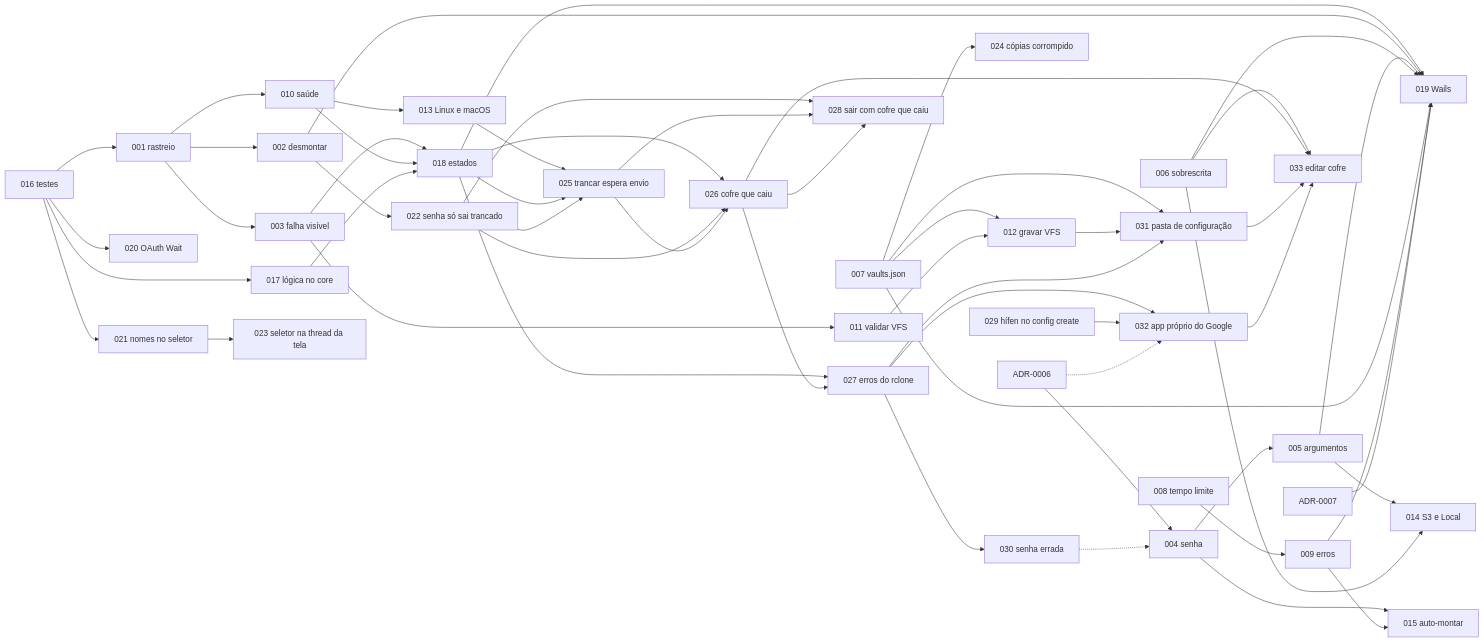
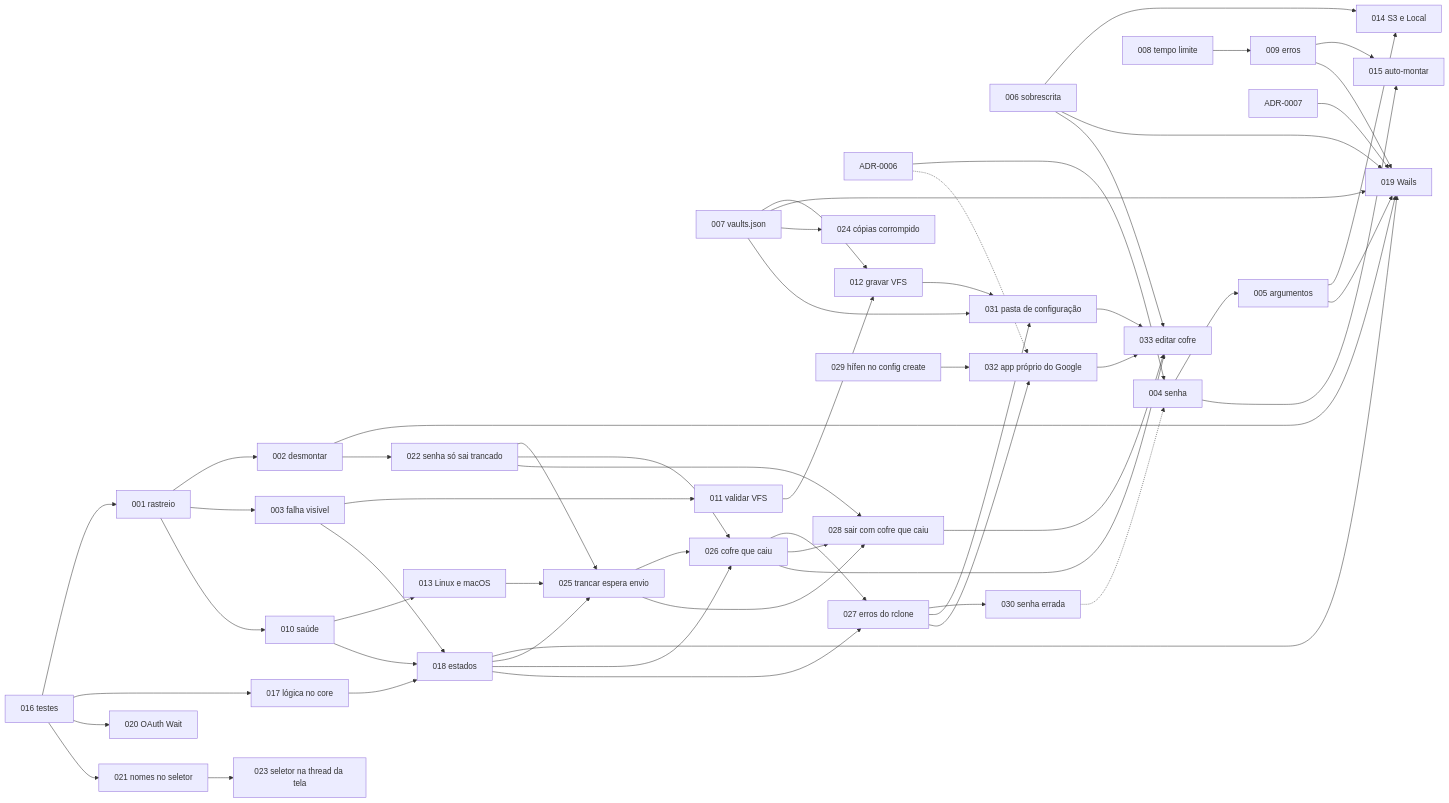
One commit to douglassouza-dev/runtime-crypt-go changed the diagram in docs/demanda/index.md. Above: the diagram before and after it, drawn with Mermaid. The commit also changed other lines of this file and 2 other files, not shown here.

````diff
--- a/docs/demanda/index.md
+++ b/docs/demanda/index.md
@@ -47,60 +47,61 @@
 ```mermaid
 flowchart LR
     d016["016 testes"] --> d001["001 rastreio"]
     d001 --> d002["002 desmontar"]
     d001 --> d003["003 falha visível"]
     d001 --> d010["010 saúde"]
     adr6["ADR-0006"] --> d004["004 senha"]
     d004 --> d005["005 argumentos"]
     d006["006 sobrescrita"]
     d007["007 vaults.json"]
     d008["008 tempo limite"] --> d009["009 erros"]
     d003 --> d011["011 validar VFS"]
     d007 --> d012["012 gravar VFS"]
     d011 --> d012
     d010 --> d013["013 Linux e macOS"]
     d005 --> d014["014 S3 e Local"]
     d006 --> d014
     d004 --> d015["015 auto-montar"]
     d009 --> d015
     d016 --> d017["017 lógica no core"]
     d016 --> d020["020 OAuth Wait"]
     d016 --> d021["021 nomes no seletor"]
     d003 --> d018["018 estados"]
     d010 --> d018
     d017 --> d018
     d018 --> d019["019 Wails"]
     d002 --> d019
     d005 --> d019
     d006 --> d019
     d007 --> d019
     d009 --> d019
     adr7["ADR-0007"] --> d019
     d002 --> d022["022 senha só sai trancado"]
     d021 --> d023["023 seletor na thread da tela"]
     d007 --> d024["024 cópias corrompido"]
     d013 --> d025["025 trancar espera envio"]
     d018 --> d025
     d022 --> d025
     d018 --> d026["026 cofre que caiu"]
     d022 --> d026
     d025 --> d026
     d018 --> d027["027 erros do rclone"]
     d026 --> d027
     d022 --> d028["028 sair com cofre que caiu"]
     d025 --> d028
     d026 --> d028
     d029["029 hífen no config create"]
     d027 --> d030["030 senha errada"]
     d030 -.-> d004
     d007 --> d031["031 pasta de configuração"]
     d012 --> d031
     d027 --> d031
     d027 --> d032["032 app próprio do Google"]
     d029 --> d032
     adr6 -.-> d032
     d006 --> d033["033 editar cofre"]
     d026 --> d033
+    d028 --> d033
     d031 --> d033
     d032 --> d033
 ```
````
